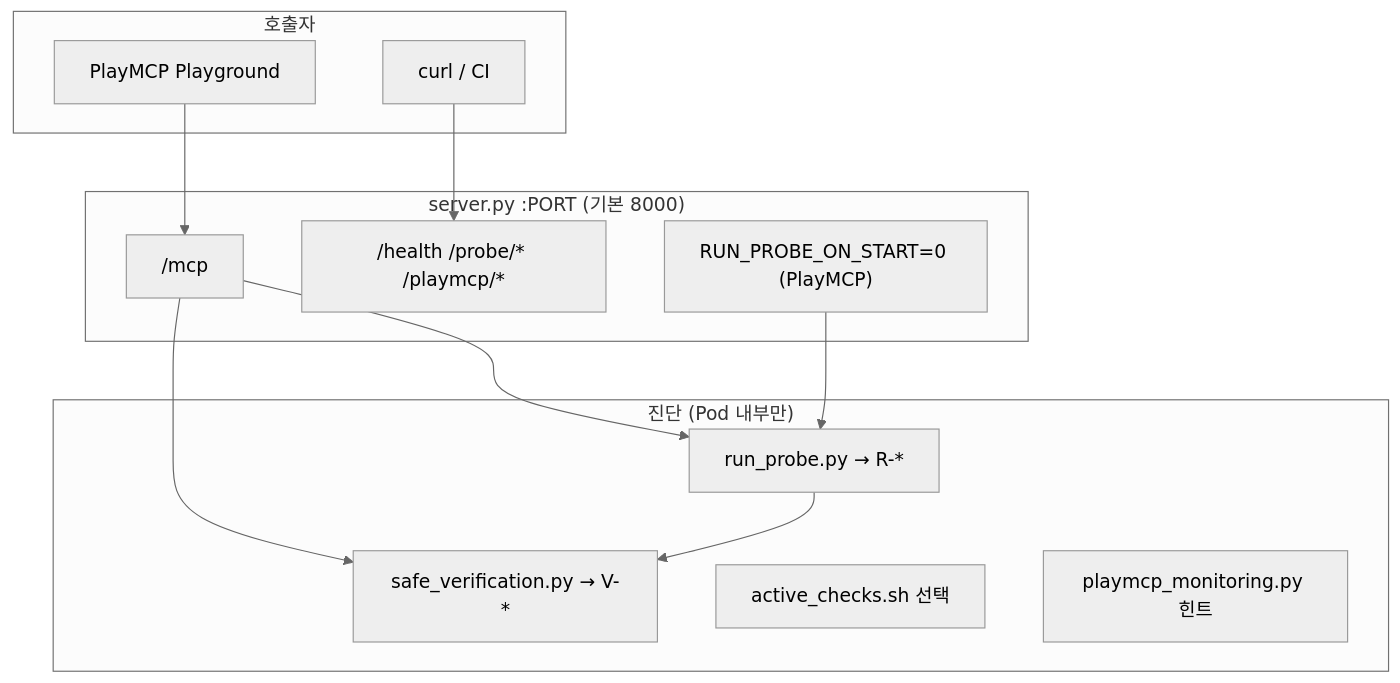
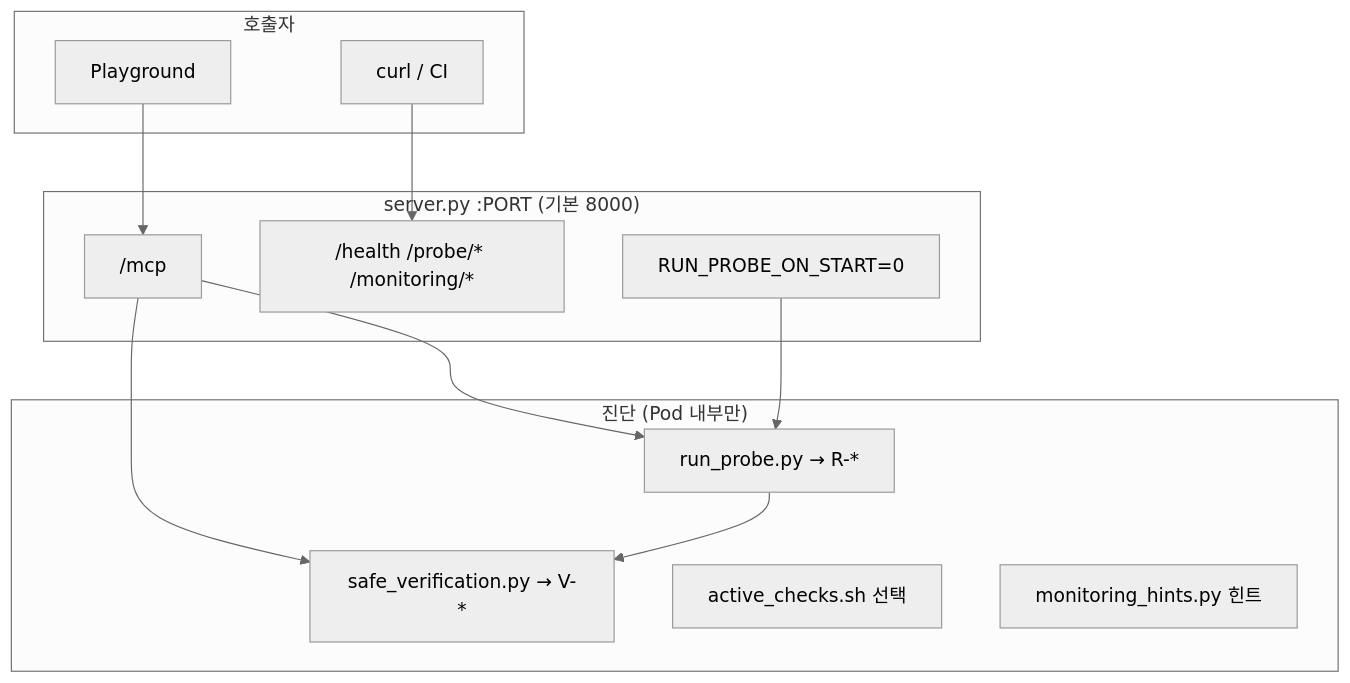
The diagram in README.md (pgt0312/Kuma-test), drawn with Mermaid (neutral theme) before and after one commit. The commit also changed other lines of this file and 11 other files, not shown here.

````diff
--- a/README.md
+++ b/README.md
@@ -53,27 +53,27 @@
 ```mermaid
 flowchart TB
     subgraph clients["호출자"]
-        PM[PlayMCP Playground]
+        PM[Playground]
         CURL[curl / CI]
     end
 
     subgraph server["server.py :PORT (기본 8000)"]
         MCP["/mcp"]
-        REST["/health /probe/* /playmcp/*"]
-        LIFE["RUN_PROBE_ON_START=0 (PlayMCP)"]
+        REST["/health /probe/* /monitoring/*"]
+        LIFE["RUN_PROBE_ON_START=0"]
     end
 
     subgraph diag["진단 (Pod 내부만)"]
         ESC["run_probe.py → R-*"]
         SAFE["safe_verification.py → V-*"]
         ACT["active_checks.sh 선택"]
-        MON["playmcp_monitoring.py 힌트"]
+        MON["monitoring_hints.py 힌트"]
     end
 
     PM --> MCP
     CURL --> REST
     LIFE --> ESC
     MCP --> ESC
     MCP --> SAFE
     ESC --> SAFE
 ```
````
